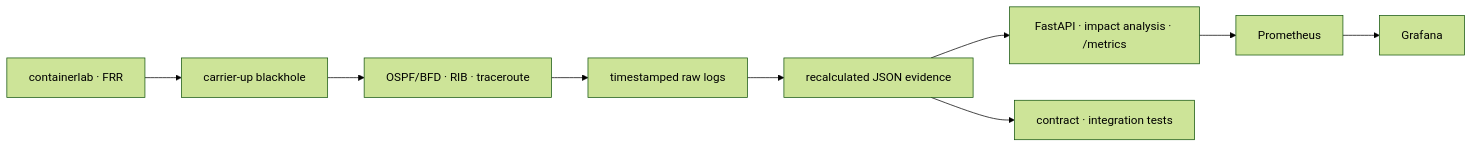
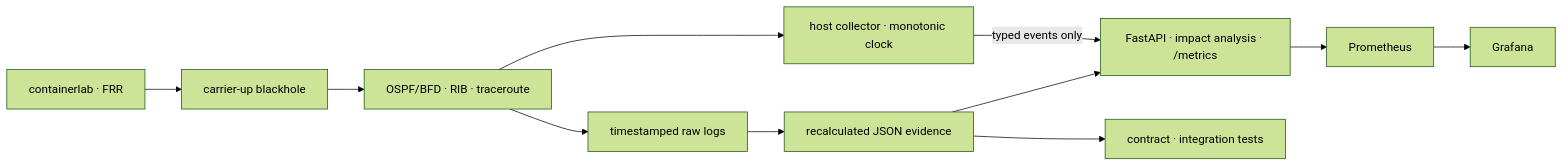
One commit to teriyakki-jin/telconet-sentinel changed the diagram in README.md. Above: the diagram before and after it, drawn with Mermaid (forest theme). The commit also changed other lines of this file and 14 other files, not shown here.

First line of the commit message:
feat: add live convergence timeline and containerlab E2E (#7)

````diff
--- a/README.md
+++ b/README.md
@@ -46,11 +47,13 @@
 ```mermaid
 flowchart LR
     LAB["containerlab · FRR"] --> FAULT["carrier-up blackhole"]
     FAULT --> STATE["OSPF/BFD · RIB · traceroute"]
     STATE --> RAW["timestamped raw logs"]
+    STATE --> COLLECTOR["host collector · monotonic clock"]
+    COLLECTOR -->|"typed events only"| API
     RAW --> JSON["recalculated JSON evidence"]
     JSON --> API["FastAPI · impact analysis · /metrics"]
     API --> PROM["Prometheus"]
     PROM --> GRAFANA["Grafana"]
     JSON --> TEST["contract · integration tests"]
 ```
````
